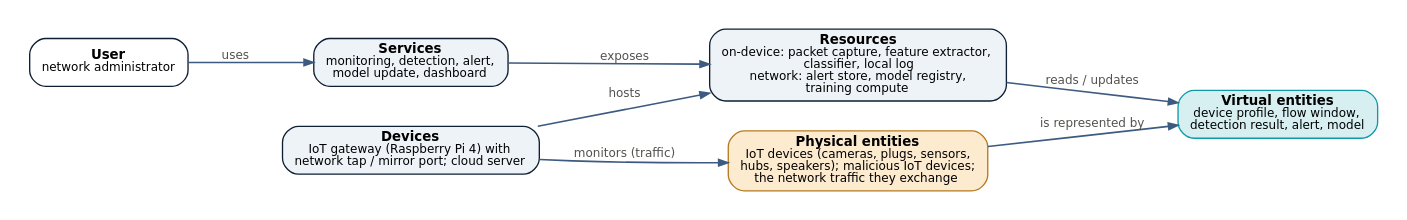
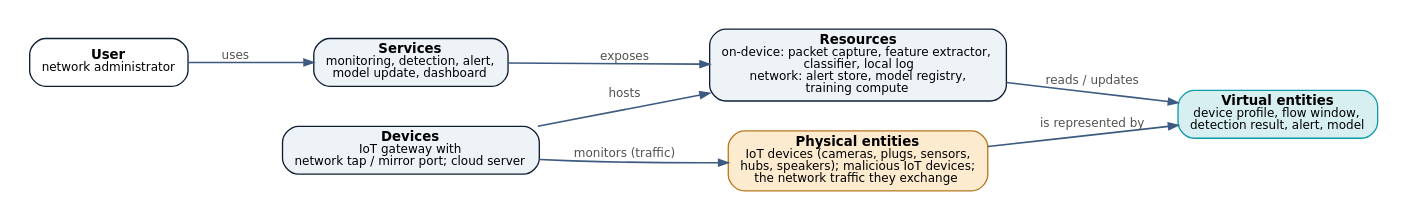
The diagram in report/diagrams/domain_model.dot (Dhruvsandilya0711/IoT_Mini_Project), drawn with Graphviz before and after one commit. The commit also changed 18 other files, not shown here.

```diff
--- a/report/diagrams/domain_model.dot
+++ b/report/diagrams/domain_model.dot
@@ -1,17 +1,17 @@
 digraph G {
   graph [rankdir=LR, bgcolor="#ffffff", pad=0.2, nodesep=0.3, ranksep=0.7, fontname="DejaVu Sans"];
   node  [shape=box, style="rounded,filled", fontname="DejaVu Sans", fontsize=10, color="#0E1E33", fillcolor="#EEF3F7", margin="0.12,0.06"];
   edge  [color="#3D5A80", penwidth=1.2, arrowsize=0.7, fontname="DejaVu Sans", fontsize=9, fontcolor="#52514e"];
   user [label=<<b>User</b><br/><font point-size="9">network administrator</font>>, fillcolor="#FFFFFF"];
   pe [label=<<b>Physical entities</b><br/><font point-size="9">IoT devices (cameras, plugs, sensors,<br/>hubs, speakers); malicious IoT devices;<br/>the network traffic they exchange</font>>, fillcolor="#FDEBD0", color="#B7791F"];
   ve [label=<<b>Virtual entities</b><br/><font point-size="9">device profile, flow window,<br/>detection result, alert, model</font>>, fillcolor="#D7EFF1", color="#0E9AA7"];
-  dev [label=<<b>Devices</b><br/><font point-size="9">IoT gateway (Raspberry Pi 4) with<br/>network tap / mirror port; cloud server</font>>];
+  dev [label=<<b>Devices</b><br/><font point-size="9">IoT gateway with<br/>network tap / mirror port; cloud server</font>>];
   res [label=<<b>Resources</b><br/><font point-size="9">on-device: packet capture, feature extractor,<br/>classifier, local log<br/>network: alert store, model registry,<br/>training compute</font>>];
   svc [label=<<b>Services</b><br/><font point-size="9">monitoring, detection, alert,<br/>model update, dashboard</font>>];
   user -> svc [label="uses"];
   pe -> ve [label="is represented by"];
   dev -> pe [label="monitors (traffic)"];
   dev -> res [label="hosts"];
   svc -> res [label="exposes"];
   res -> ve [label="reads / updates"];
 }
```
